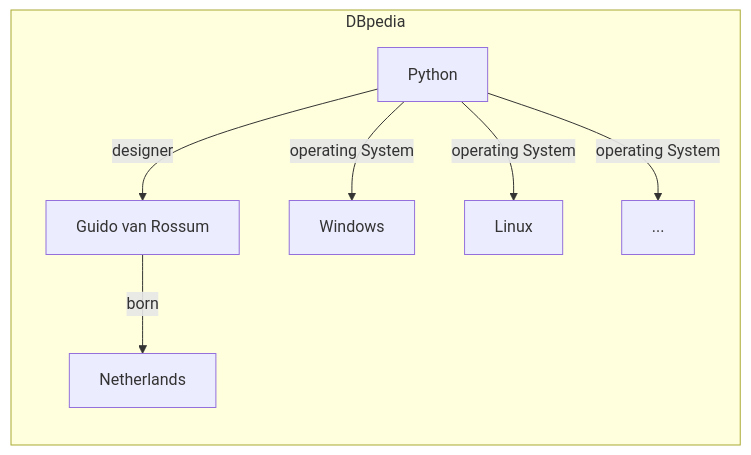
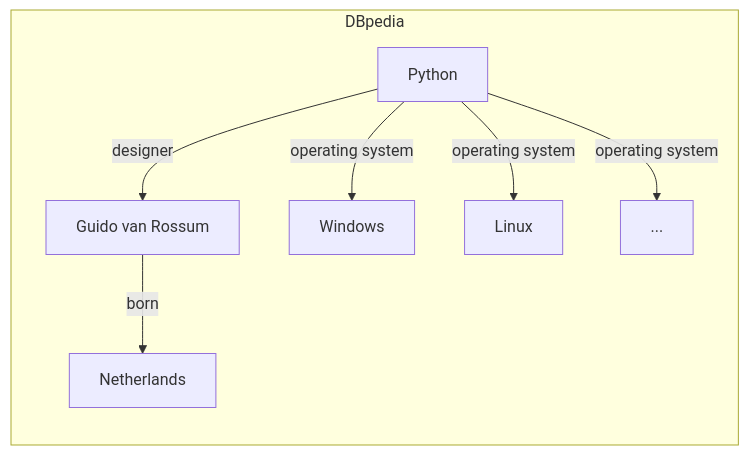
The second of 5 diagrams in sparql-101/01-knowledge.md (ioggstream/python-course), drawn with Mermaid before and after one commit. The commit also changed other lines of this file and 8 other files, not shown here.

````diff
--- a/sparql-101/01-knowledge.md
+++ b/sparql-101/01-knowledge.md
@@ -99,10 +99,10 @@
 ```mermaid
 graph LR
 
 subgraph dbpedia[DBpedia]
   dbr:Python[Python] -->|designer| dbr:gvr[Guido van Rossum]
-  dbr:Python[Python] -->|operating System| dbr:win[Windows] & dbr:linux[Linux] & ...
+  dbr:Python[Python] -->|operating system| dbr:win[Windows] & dbr:linux[Linux] & ...
   dbr:gvr -->|born| dbr:nl[Netherlands]
 end
 
 ```
````
